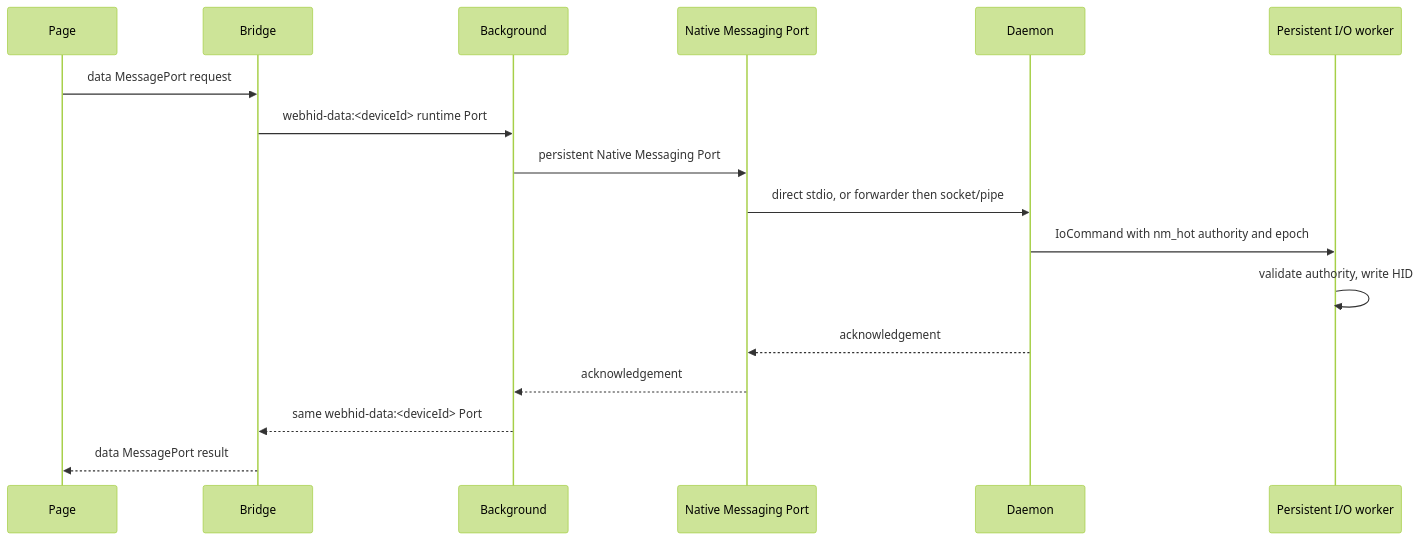
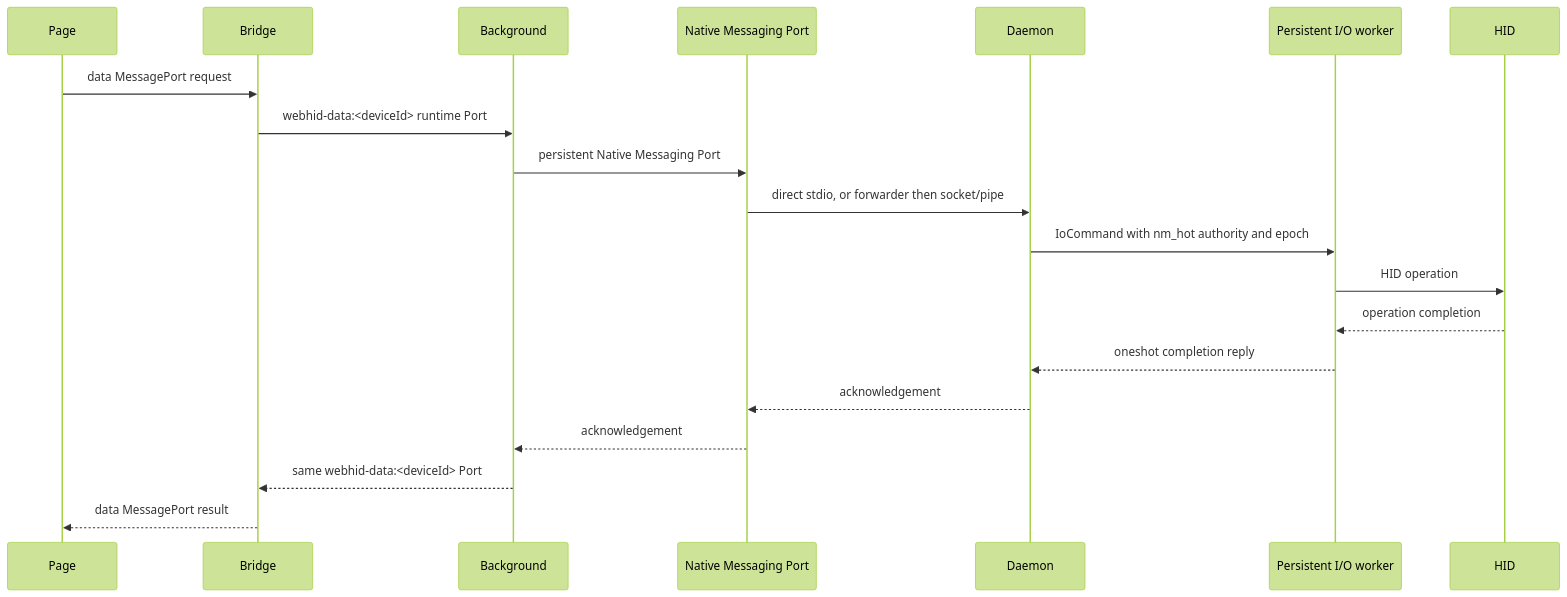
One commit to K4zoku/FF-WebHID changed the fifth of 7 diagrams in docs/ARCHITECTURE.md. Above: the diagram before and after it, drawn with Mermaid (forest theme). The commit also changed other lines of this file and 4 other files, not shown here.

````diff
--- a/docs/ARCHITECTURE.md
+++ b/docs/ARCHITECTURE.md
@@ -262,20 +284,23 @@
 ```mermaid
 sequenceDiagram
     participant P as Page
     participant B as Bridge
     participant G as Background
     participant N as Native Messaging Port
     participant D as Daemon
     participant I as Persistent I/O worker
+    participant H as HID
 
     P->>B: data MessagePort request
     B->>G: webhid-data:<deviceId> runtime Port
     G->>N: persistent Native Messaging Port
     N->>D: direct stdio, or forwarder then socket/pipe
     D->>I: IoCommand with nm_hot authority and epoch
-    I->>I: validate authority, write HID
+    I->>H: HID operation
+    H-->>I: operation completion
+    I-->>D: oneshot completion reply
     D-->>N: acknowledgement
     N-->>G: acknowledgement
     G-->>B: same webhid-data:<deviceId> Port
     B-->>P: data MessagePort result
 ```
````
